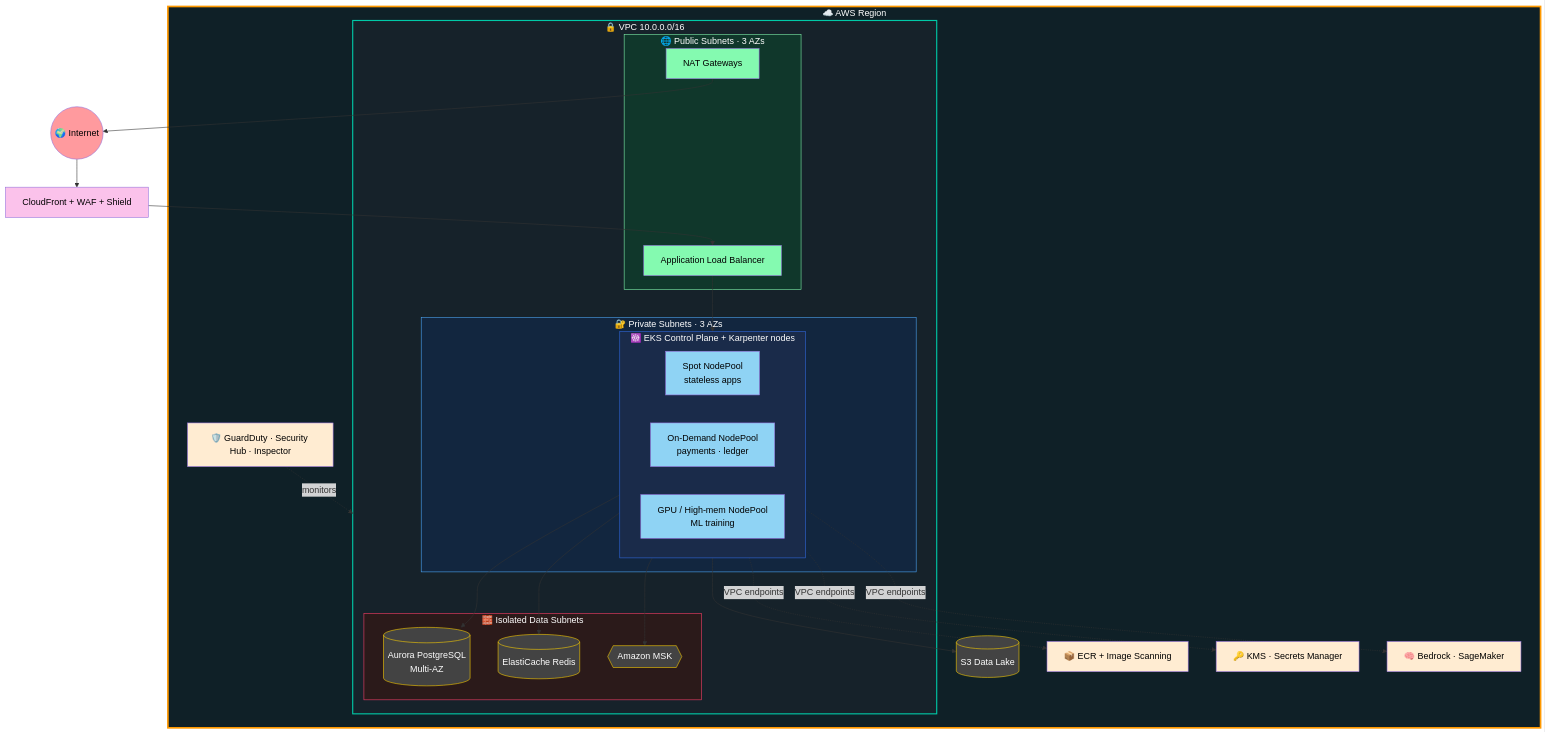
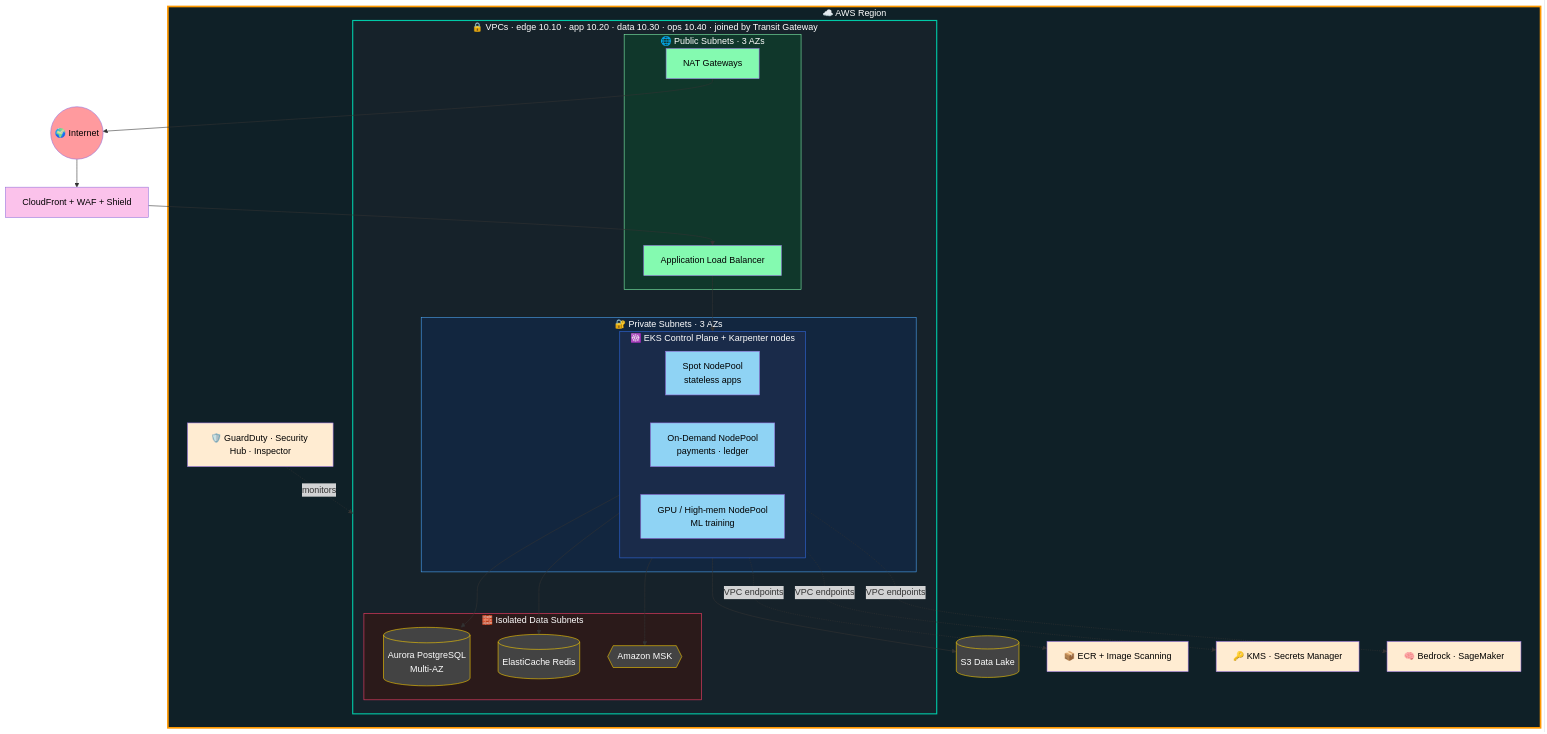
The sixth of 29 diagrams in README.md (muntaha747/FinTech-Enterprise-Project), drawn with Mermaid before and after one commit. The commit also changed other lines of this file and 3 other files, not shown here.

First line of the commit message:
README: animated traffic-flow, topology and state diagrams [skip ci]

````diff
--- a/README.md
+++ b/README.md
@@ -210,50 +302,50 @@
 ```mermaid
 flowchart TB
     INT((🌍 Internet)):::net --> CFN[CloudFront + WAF + Shield]:::edge
 
     subgraph REGION["☁️ AWS Region"]
-        subgraph VPC["🔒 VPC 10.0.0.0/16"]
+        subgraph VPC["🔒 VPCs · edge 10.10 · app 10.20 · data 10.30 · ops 10.40 · joined by Transit Gateway"]
             subgraph PUB["🌐 Public Subnets · 3 AZs"]
                 ALB2[Application Load Balancer]:::pub
                 NAT[NAT Gateways]:::pub
             end
             subgraph PRIV["🔐 Private Subnets · 3 AZs"]
                 subgraph K["☸️ EKS Control Plane + Karpenter nodes"]
                     NP1[Spot NodePool<br/>stateless apps]:::node
                     NP2[On-Demand NodePool<br/>payments · ledger]:::node
                     NP3[GPU / High-mem NodePool<br/>ML training]:::node
                 end
             end
             subgraph ISO["🧱 Isolated Data Subnets"]
                 AUR[(Aurora PostgreSQL<br/>Multi-AZ)]:::data
                 ECA[(ElastiCache Redis)]:::data
                 MSK{{Amazon MSK}}:::data
             end
         end
         S3B[(S3 Data Lake)]:::data
         ECR[📦 ECR + Image Scanning]:::svc
         KMS[🔑 KMS · Secrets Manager]:::svc
         SEC[🛡️ GuardDuty · Security Hub · Inspector]:::svc
         BED[🧠 Bedrock · SageMaker]:::svc
     end
 
     CFN --> ALB2 --> K
     K --> AUR & ECA & MSK
     K --> S3B
     K -.->|VPC endpoints| ECR & KMS & BED
     NAT --> INT
     SEC -.->|monitors| VPC
 
     classDef net fill:#ff9a9e,color:#000
     classDef edge fill:#fbc2eb,color:#000
     classDef pub fill:#84fab0,color:#000
     classDef node fill:#8fd3f4,color:#000
     classDef data fill:#434343,stroke:#ffd200,color:#fff
     classDef svc fill:#ffecd2,color:#000
     style REGION fill:#0f2027,stroke:#ff9900,color:#fff,stroke-width:3px
     style VPC fill:#16222a,stroke:#00c9a7,color:#fff,stroke-width:2px
     style PUB fill:#10372b,stroke:#84fab0,color:#fff
     style PRIV fill:#12263f,stroke:#4facfe,color:#fff
     style ISO fill:#2b1a1a,stroke:#ff416c,color:#fff
     style K fill:#1a2b4a,stroke:#326ce5,color:#fff
 ```
````
